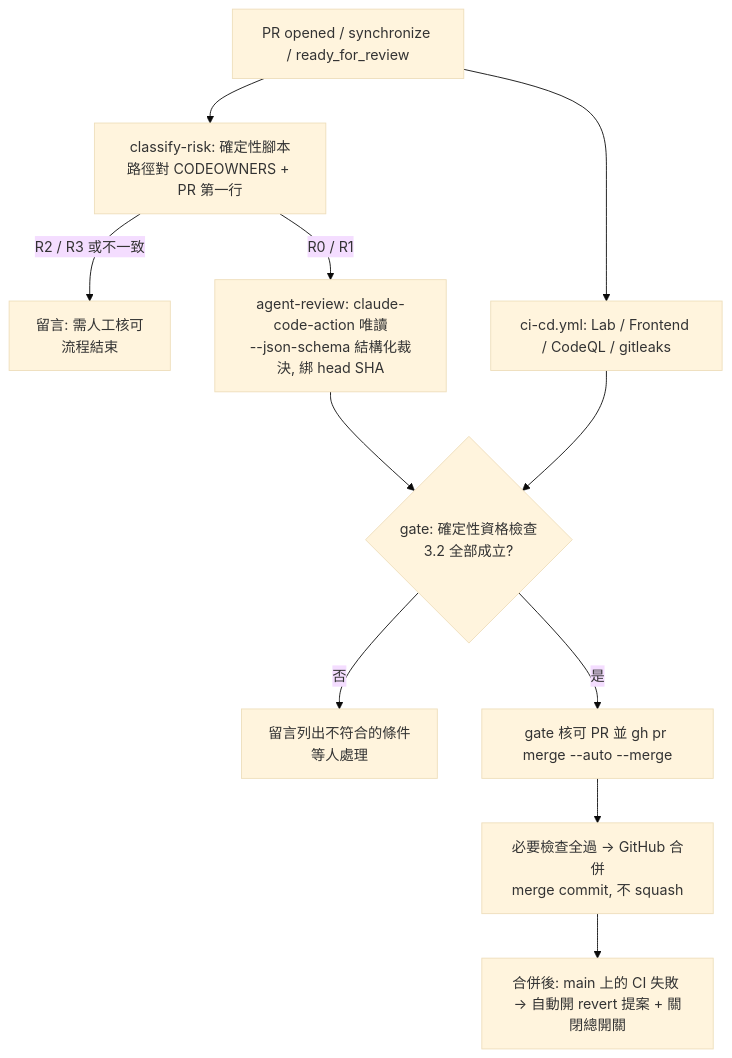
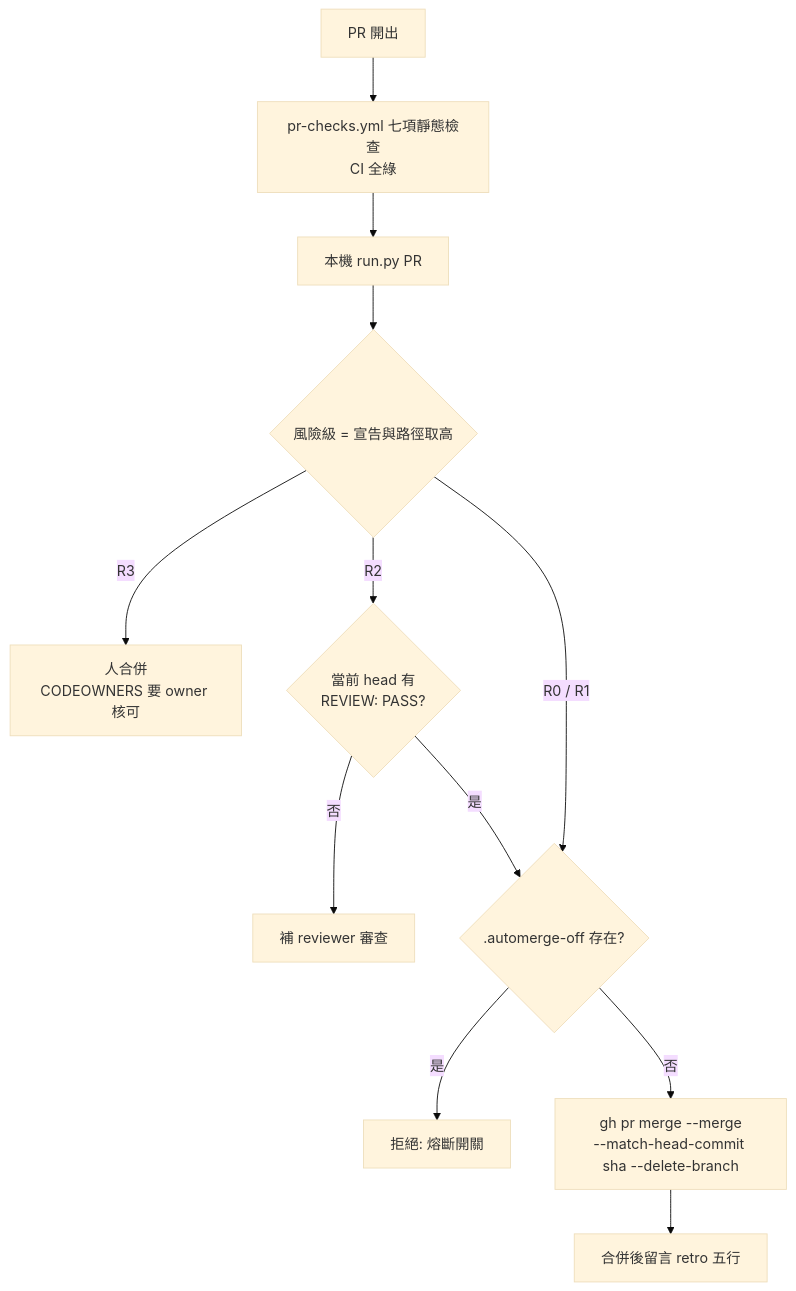
One commit to neohsiung/AI-Investment-Advisor changed the diagram in docs/design/DD-2026-1032-tiered-auto-merge.md. Above: the diagram before and after it, drawn with Mermaid (base theme). The commit also changed other lines of this file, not shown here.

First line of the commit message:
docs(design): DD-1032 改寫為實際採用的分級自動合併（沿用 pr_checks）

````diff
--- a/docs/design/DD-2026-1032-tiered-auto-merge.md
+++ b/docs/design/DD-2026-1032-tiered-auto-merge.md
@@ -54,13 +73,14 @@
 ```mermaid
 flowchart TD
-  A[PR opened / synchronize / ready_for_review] --> B[classify-risk: 確定性腳本<br/>路徑對 CODEOWNERS + PR 第一行]
-  B -->|R2 / R3 或不一致| H[留言: 需人工核可<br/>流程結束]
-  B -->|R0 / R1| C[agent-review: claude-code-action 唯讀<br/>--json-schema 結構化裁決, 綁 head SHA]
-  A --> CI[ci-cd.yml: Lab / Frontend / CodeQL / gitleaks]
-  C --> D{gate: 確定性資格檢查<br/>3.2 全部成立?}
-  CI --> D
-  D -->|否| H2[留言列出不符合的條件<br/>等人處理]
-  D -->|是| E[gate 核可 PR 並 gh pr merge --auto --merge]
-  E --> F[必要檢查全過 → GitHub 合併<br/>merge commit, 不 squash]
-  F --> G[合併後: main 上的 CI 失敗 → 自動開 revert 提案 + 關閉總開關]
+  A[PR 開出] --> B[pr-checks.yml 七項靜態檢查<br/>CI 全綠]
+  B --> C[本機 run.py PR]
+  C --> D{風險級 = 宣告與路徑取高}
+  D -->|R3| H[人合併<br/>CODEOWNERS 要 owner 核可]
+  D -->|R2| R{當前 head 有<br/>REVIEW: PASS?}
+  R -->|否| H2[補 reviewer 審查]
+  R -->|是| M
+  D -->|R0 / R1| M{.automerge-off 存在?}
+  M -->|是| X[拒絕: 熔斷開關]
+  M -->|否| G[gh pr merge --merge<br/>--match-head-commit sha --delete-branch]
+  G --> T[合併後留言 retro 五行]
 ```
````
